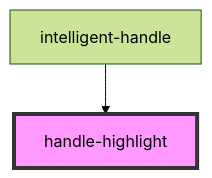
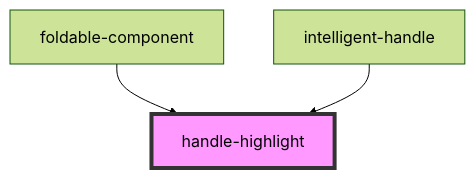
The diagram in src/components/handle-highlight/readme.md (kit-data-manager/pid-component), drawn with Mermaid (forest theme) before and after one commit. The commit also changed other lines of this file and 5 other files, not shown here.

Commit message:
migrated intelligent-handle.tsx to foldable-component.tsx

````diff
--- a/src/components/handle-highlight/readme.md
+++ b/src/components/handle-highlight/readme.md
@@ -29,5 +30,6 @@
 ```mermaid
 graph TD;
+  foldable-component --> handle-highlight
   intelligent-handle --> handle-highlight
   style handle-highlight fill:#f9f,stroke:#333,stroke-width:4px
 ```
````
